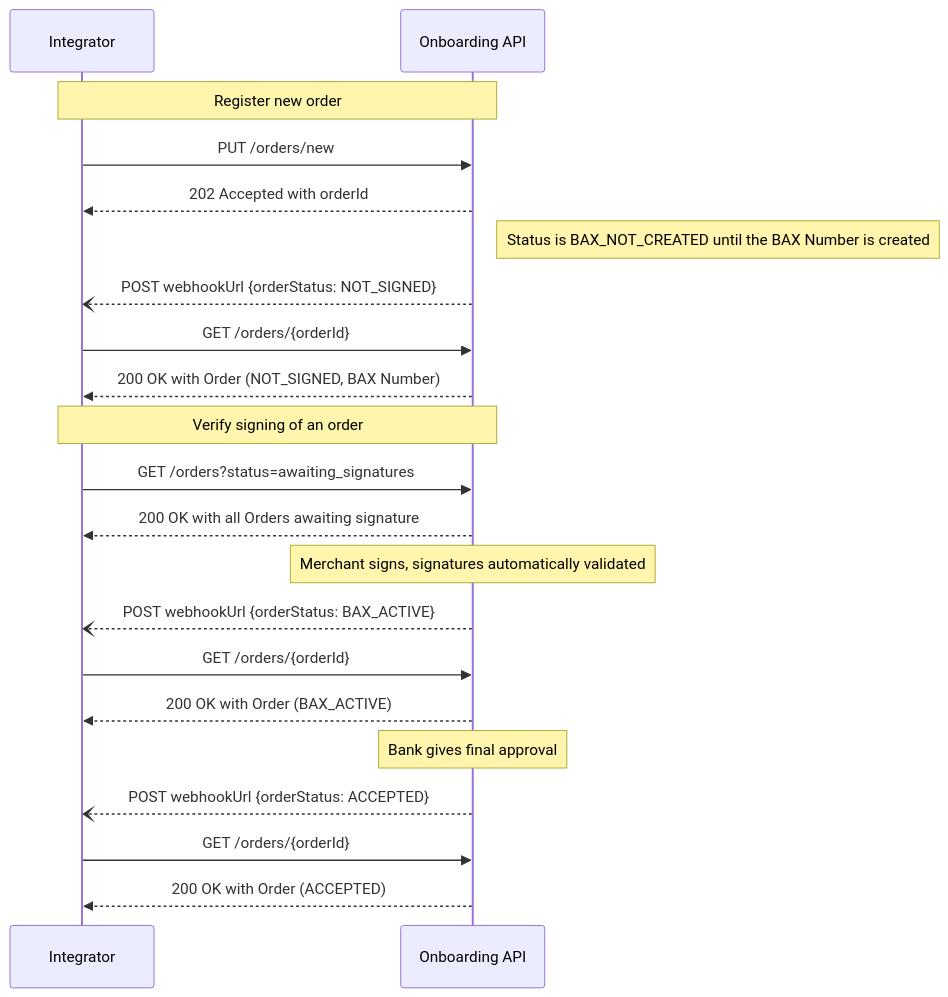
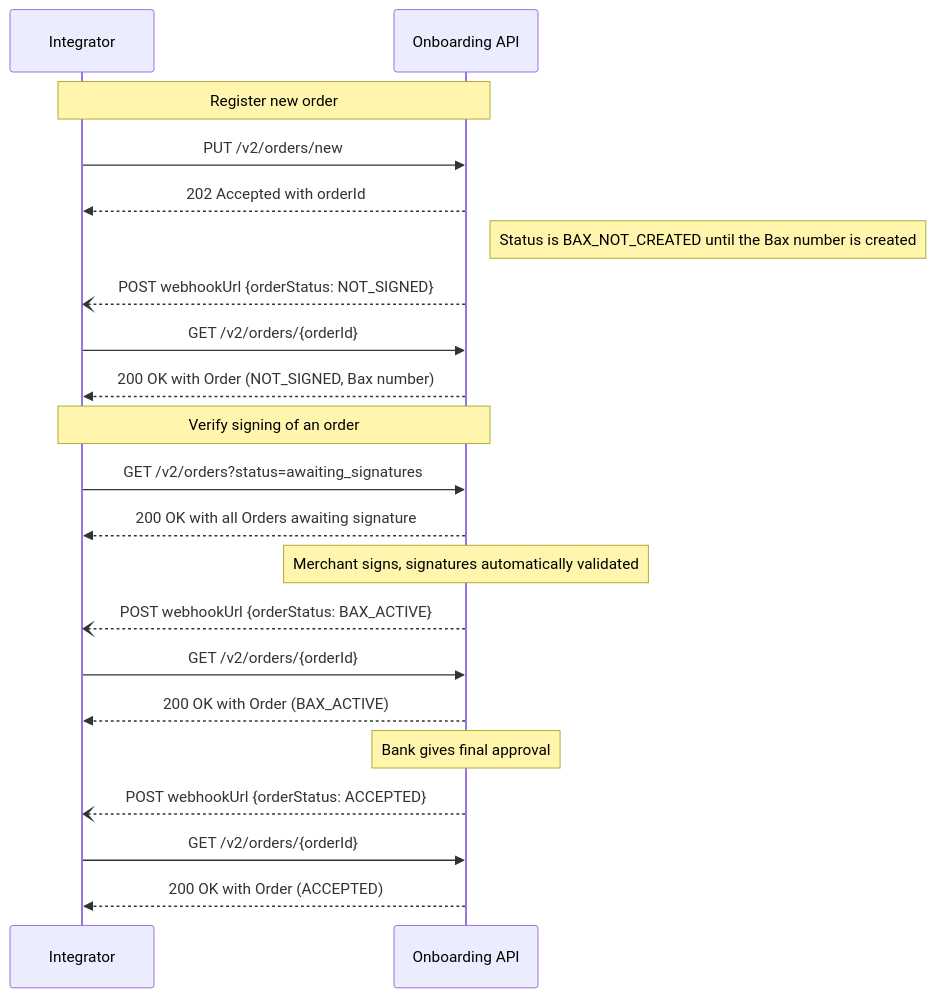
The first of 9 diagrams in docs/prod_flows.md (BankAxept/bankaxept-onboarding-external-documentation), drawn with Mermaid before and after one commit. The commit also changed other lines of this file and 7 other files, not shown here.

````diff
--- a/docs/prod_flows.md
+++ b/docs/prod_flows.md
@@ -9,28 +9,28 @@
 ```mermaid
 sequenceDiagram
 participant I as Integrator
 participant O as Onboarding API
 
 note over I, O: Register new order
-I ->> O: PUT /orders/new
+I ->> O: PUT /v2/orders/new
 O -->> I: 202 Accepted with orderId
-note right of O: Status is BAX_NOT_CREATED until the BAX Number is created
+note right of O: Status is BAX_NOT_CREATED until the Bax number is created
 
 O --) I: POST webhookUrl {orderStatus: NOT_SIGNED}
-I ->> O : GET /orders/{orderId}
-O -->> I: 200 OK with Order (NOT_SIGNED, BAX Number)
+I ->> O : GET /v2/orders/{orderId}
+O -->> I: 200 OK with Order (NOT_SIGNED, Bax number)
 
 note over I, O: Verify signing of an order
-I ->> O: GET /orders?status=awaiting_signatures
+I ->> O: GET /v2/orders?status=awaiting_signatures
 O -->> I: 200 OK with all Orders awaiting signature
 
 note over O: Merchant signs, signatures automatically validated
 O --) I: POST webhookUrl {orderStatus: BAX_ACTIVE}
-I ->> O : GET /orders/{orderId}
+I ->> O : GET /v2/orders/{orderId}
 O -->> I: 200 OK with Order (BAX_ACTIVE)
 
 note over O: Bank gives final approval
 O --) I: POST webhookUrl {orderStatus: ACCEPTED}
-I ->> O : GET /orders/{orderId}
+I ->> O : GET /v2/orders/{orderId}
 O -->> I: 200 OK with Order (ACCEPTED)
 ```
````
